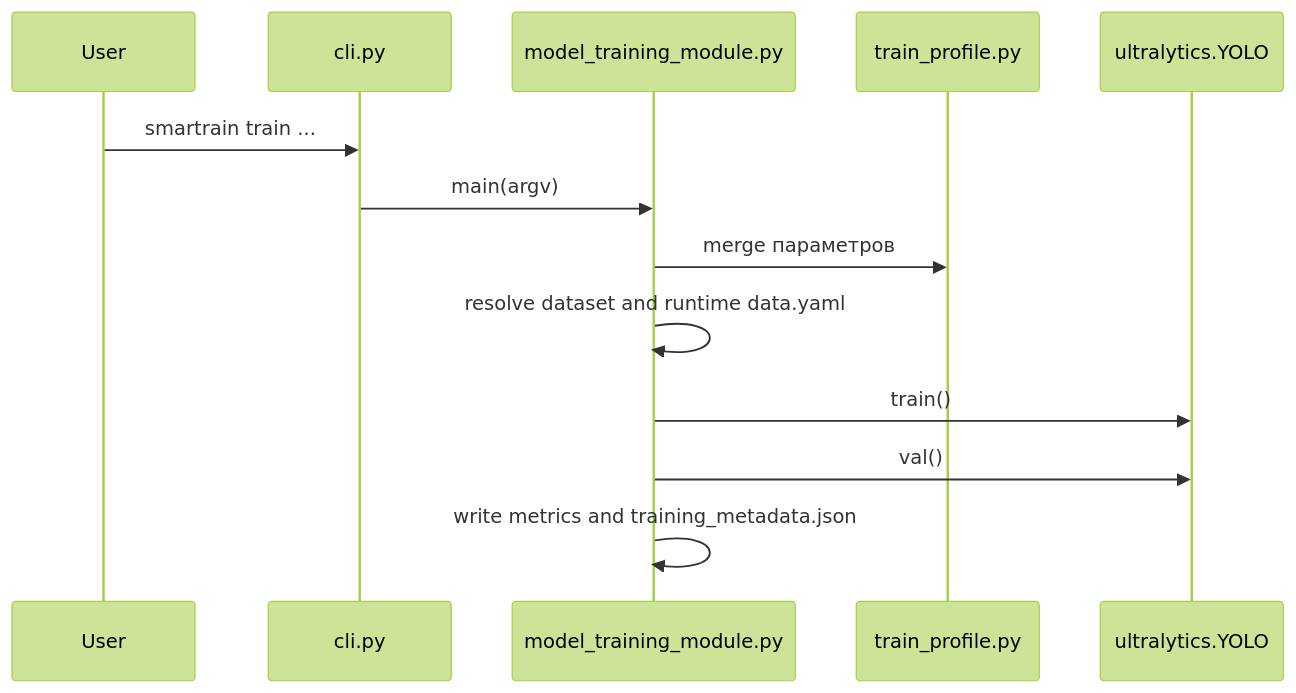
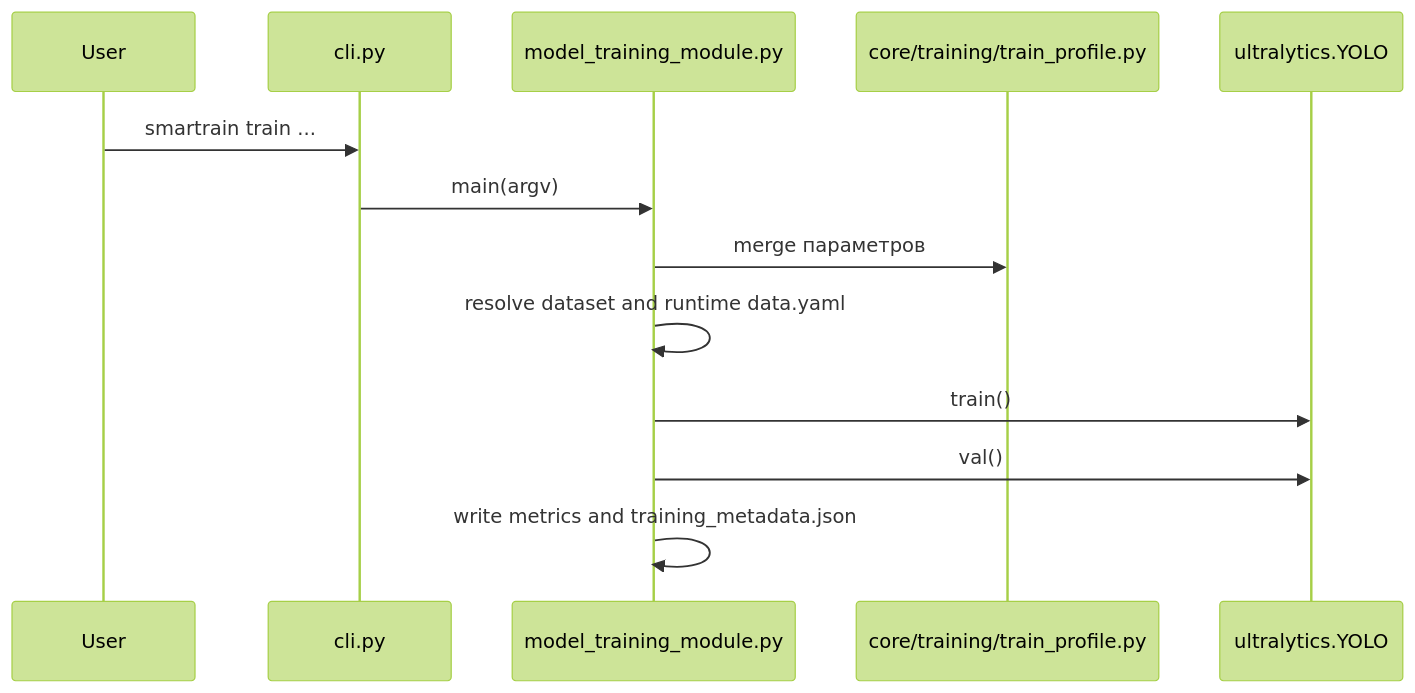
The second of 6 diagrams in docs/ru/development/architecture.md (aicommunity/SmarTrain), drawn with Mermaid (forest theme) before and after one commit. The commit also changed 26 other files, not shown here.

First line of the commit message:
Update training-module imports and docs after core/training relocation.

````diff
--- a/docs/ru/development/architecture.md
+++ b/docs/ru/development/architecture.md
@@ -29,15 +29,15 @@
 ```mermaid
 sequenceDiagram
   participant User
   participant CLI as cli.py
   participant Train as model_training_module.py
-  participant Profile as train_profile.py
+  participant Profile as core/training/train_profile.py
   participant YOLO as ultralytics.YOLO
   User->>CLI: smartrain train ...
   CLI->>Train: main(argv)
   Train->>Profile: merge параметров
   Train->>Train: resolve dataset and runtime data.yaml
   Train->>YOLO: train()
   Train->>YOLO: val()
   Train->>Train: write metrics and training_metadata.json
 ```
````
